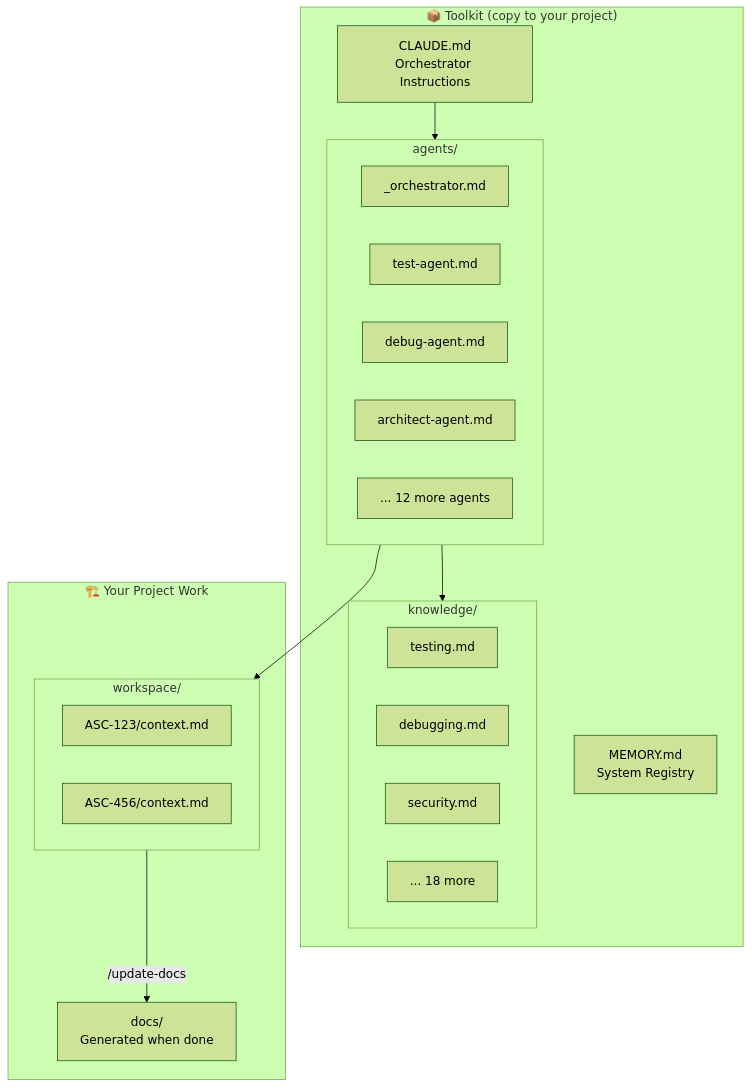
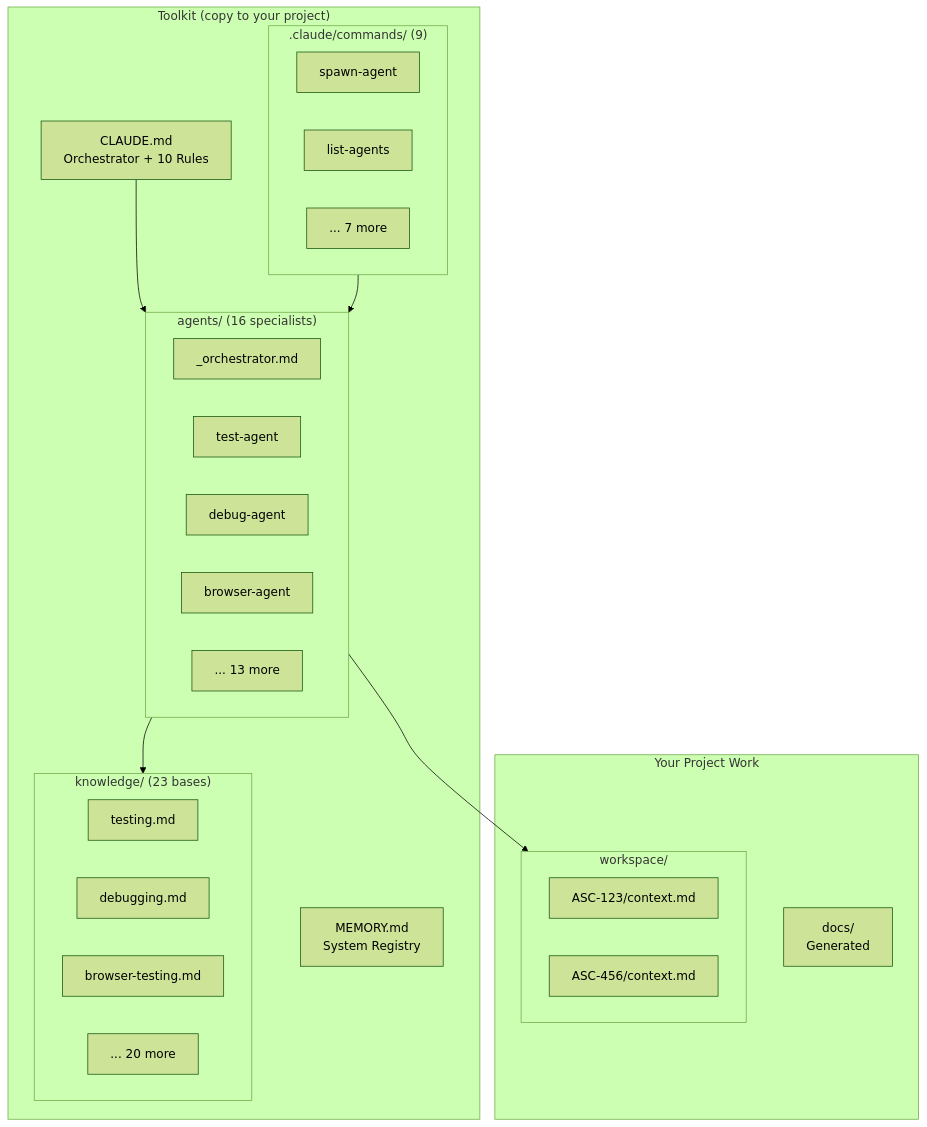
Before and after one commit to MikahNiehaus/ClaudeMemory: the third of 9 diagrams in README.md, drawn with Mermaid (forest theme). The commit also changed other lines of this file and 1 other file, not shown here.

````diff
--- a/README.md
+++ b/README.md
@@ -87,36 +88,42 @@
 ```mermaid
 flowchart TB
-    subgraph Toolkit["📦 Toolkit (copy to your project)"]
-        CLAUDE[CLAUDE.md<br/>Orchestrator Instructions]
+    subgraph Toolkit["Toolkit (copy to your project)"]
+        CLAUDE[CLAUDE.md<br/>Orchestrator + 10 Rules]
         MEMORY[MEMORY.md<br/>System Registry]
 
-        subgraph Agents["agents/"]
+        subgraph Agents["agents/ (16 specialists)"]
             Orch[_orchestrator.md]
-            Test[test-agent.md]
-            Debug[debug-agent.md]
-            Arch[architect-agent.md]
-            More[... 12 more agents]
+            Test[test-agent]
+            Debug[debug-agent]
+            Browser[browser-agent]
+            More[... 13 more]
         end
 
-        subgraph Knowledge["knowledge/"]
+        subgraph Knowledge["knowledge/ (23 bases)"]
             Testing[testing.md]
             Debugging[debugging.md]
-            Security[security.md]
-            MoreK[... 18 more]
+            BrowserTest[browser-testing.md]
+            MoreK[... 20 more]
+        end
+
+        subgraph Commands[".claude/commands/ (9)"]
+            Spawn[spawn-agent]
+            ListA[list-agents]
+            MoreC[... 7 more]
         end
     end
 
-    subgraph Project["🏗️ Your Project Work"]
+    subgraph Project["Your Project Work"]
         subgraph Workspace["workspace/"]
             Task1[ASC-123/context.md]
             Task2[ASC-456/context.md]
         end
 
-        Docs[docs/<br/>Generated when done]
+        Docs[docs/<br/>Generated]
     end
 
     CLAUDE --> Agents
     Agents --> Knowledge
     Agents --> Workspace
-    Workspace --> |"/update-docs"| Docs
+    Commands --> Agents
 ```
````
